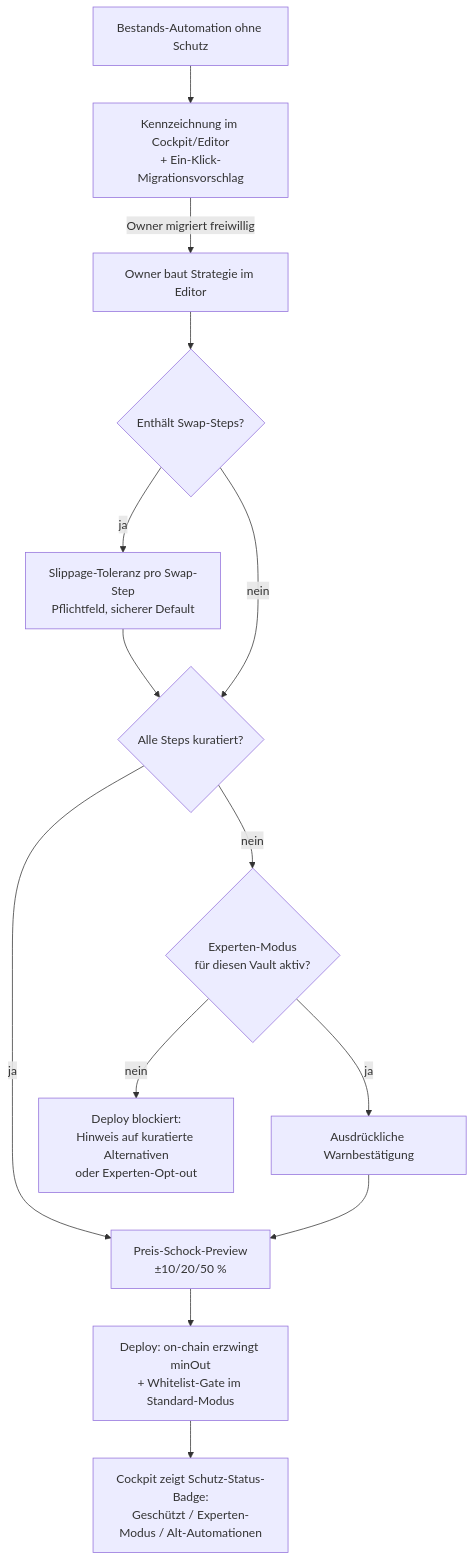
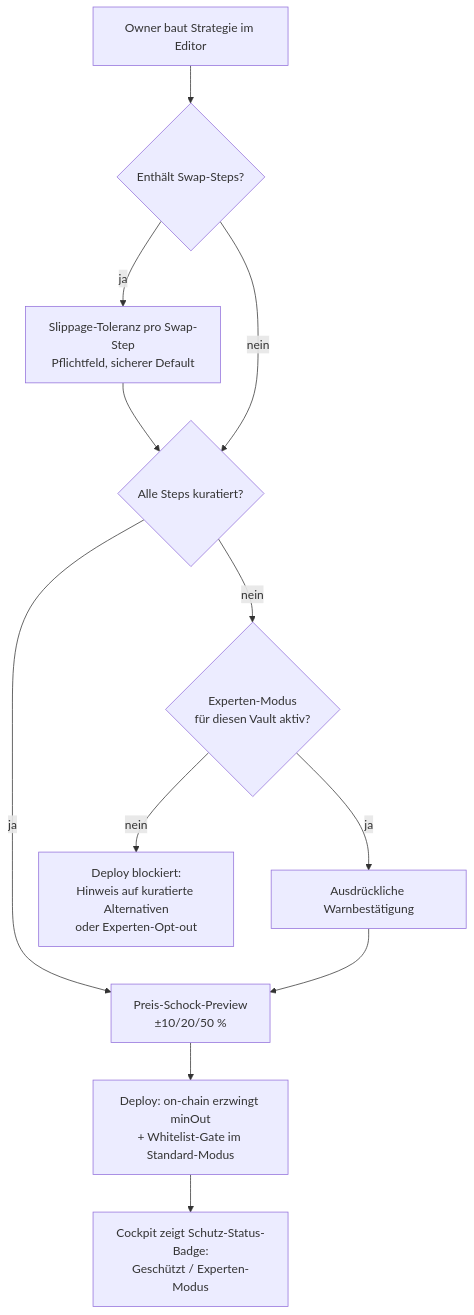
Before and after one commit to 3Blocks-net/strategy-builder-v2: the diagram in backlog/tasks/task-11 - Epic-Absicherungs-Paket.md, drawn with Mermaid. The commit also changed other lines of this file and 1 other file, not shown here.

````diff
--- a/backlog/tasks/task-11 - Epic-Absicherungs-Paket.md
+++ b/backlog/tasks/task-11 - Epic-Absicherungs-Paket.md
@@ -42,15 +49,13 @@
 ```mermaid
 graph TD
     A[Owner baut Strategie im Editor] --> B{Enthält Swap-Steps?}
     B -- ja --> C[Slippage-Toleranz pro Swap-Step<br/>Pflichtfeld, sicherer Default]
     B -- nein --> D
     C --> D{Alle Steps kuratiert?}
     D -- ja --> E[Preis-Schock-Preview<br/>±10/20/50 %]
     D -- nein --> F{Experten-Modus<br/>für diesen Vault aktiv?}
     F -- nein --> G[Deploy blockiert:<br/>Hinweis auf kuratierte Alternativen<br/>oder Experten-Opt-out]
     F -- ja --> H[Ausdrückliche Warnbestätigung] --> E
     E --> I[Deploy: on-chain erzwingt minOut<br/>+ Whitelist-Gate im Standard-Modus]
-    I --> J[Cockpit zeigt Schutz-Status-Badge:<br/>Geschützt / Experten-Modus / Alt-Automationen]
-    K[Bestands-Automation ohne Schutz] --> L[Kennzeichnung im Cockpit/Editor<br/>+ Ein-Klick-Migrationsvorschlag]
-    L -- Owner migriert freiwillig --> A
+    I --> J[Cockpit zeigt Schutz-Status-Badge:<br/>Geschützt / Experten-Modus]
 ```
````
